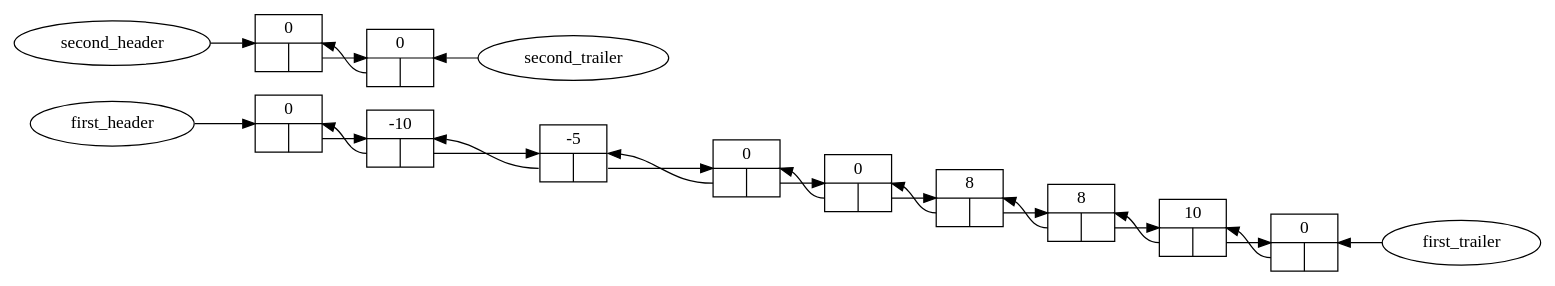
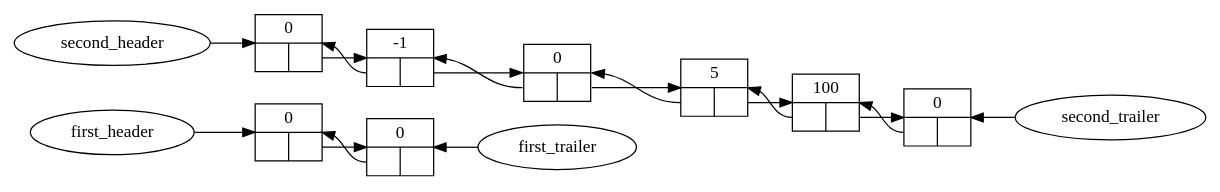
One commit to areinisc/prog04 changed the diagram in merge.dot. Above: the diagram before and after it, drawn with Graphviz. The commit also changed 1 other file, not shown here.

```diff
--- a/merge.dot
+++ b/merge.dot
@@ -1,40 +1,31 @@
 digraph {
 rankdir=LR;
 first_header [shape=ellipse];
 first_trailer [shape=ellipse];
 second_header [shape=ellipse];
 second_trailer [shape=ellipse];
-node4423944720 [shape=record, label="0 | { <prev> | <next> }"];
-node4423944752 [shape=record, label="-5 | { <prev> | <next> }"];
-node4423944784 [shape=record, label="8 | { <prev> | <next> }"];
-node4423944816 [shape=record, label="10 | { <prev> | <next> }"];
-node4423945328 [shape=record, label="0 | { <prev> | <next> }"];
-node4423945360 [shape=record, label="0 | { <prev> | <next> }"];
-node4423945392 [shape=record, label="-10 | { <prev> | <next> }"];
-node4423945424 [shape=record, label="0 | { <prev> | <next> }"];
-node4423945488 [shape=record, label="0 | { <prev> | <next> }"];
-node4423945520 [shape=record, label="8 | { <prev> | <next> }"];
-node4423945584 [shape=record, label="0 | { <prev> | <next> }"];
-first_header -> node4423945328:w;
-node4423945360:e -> first_trailer [dir=back];
-second_header -> node4423945584:w;
-node4423944720:e -> second_trailer [dir=back];
-node4423944720:prev:w -> node4423945584:e [weight=0];
-node4423944752:next:e -> node4423945424:w;
-node4423944752:prev:w -> node4423945392:e [weight=0];
-node4423944784:next:e -> node4423945520:w;
-node4423944784:prev:w -> node4423945488:e [weight=0];
-node4423944816:next:e -> node4423945360:w;
-node4423944816:prev:w -> node4423945520:e [weight=0];
-node4423945328:next:e -> node4423945392:w;
-node4423945360:prev:w -> node4423944816:e [weight=0];
-node4423945392:next:e -> node4423944752:w;
-node4423945392:prev:w -> node4423945328:e [weight=0];
-node4423945424:next:e -> node4423945488:w;
-node4423945424:prev:w -> node4423944752:e [weight=0];
-node4423945488:next:e -> node4423944784:w;
-node4423945488:prev:w -> node4423945424:e [weight=0];
-node4423945520:next:e -> node4423944816:w;
-node4423945520:prev:w -> node4423944784:e [weight=0];
-node4423945584:next:e -> node4423944720:w;
+node4344253408 [shape=record, label="0 | { <prev> | <next> }"];
+node4344253472 [shape=record, label="0 | { <prev> | <next> }"];
+node4344253552 [shape=record, label="0 | { <prev> | <next> }"];
+node4344253584 [shape=record, label="-1 | { <prev> | <next> }"];
+node4344253616 [shape=record, label="0 | { <prev> | <next> }"];
+node4344253648 [shape=record, label="5 | { <prev> | <next> }"];
+node4344253712 [shape=record, label="100 | { <prev> | <next> }"];
+node4344253936 [shape=record, label="0 | { <prev> | <next> }"];
+first_header -> node4344253936:w;
+node4344253408:e -> first_trailer [dir=back];
+second_header -> node4344253472:w;
+node4344253552:e -> second_trailer [dir=back];
+node4344253408:prev:w -> node4344253936:e [weight=0];
+node4344253472:next:e -> node4344253584:w;
+node4344253552:prev:w -> node4344253712:e [weight=0];
+node4344253584:next:e -> node4344253616:w;
+node4344253584:prev:w -> node4344253472:e [weight=0];
+node4344253616:next:e -> node4344253648:w;
+node4344253616:prev:w -> node4344253584:e [weight=0];
+node4344253648:next:e -> node4344253712:w;
+node4344253648:prev:w -> node4344253616:e [weight=0];
+node4344253712:next:e -> node4344253552:w;
+node4344253712:prev:w -> node4344253648:e [weight=0];
+node4344253936:next:e -> node4344253408:w;
 }
```
